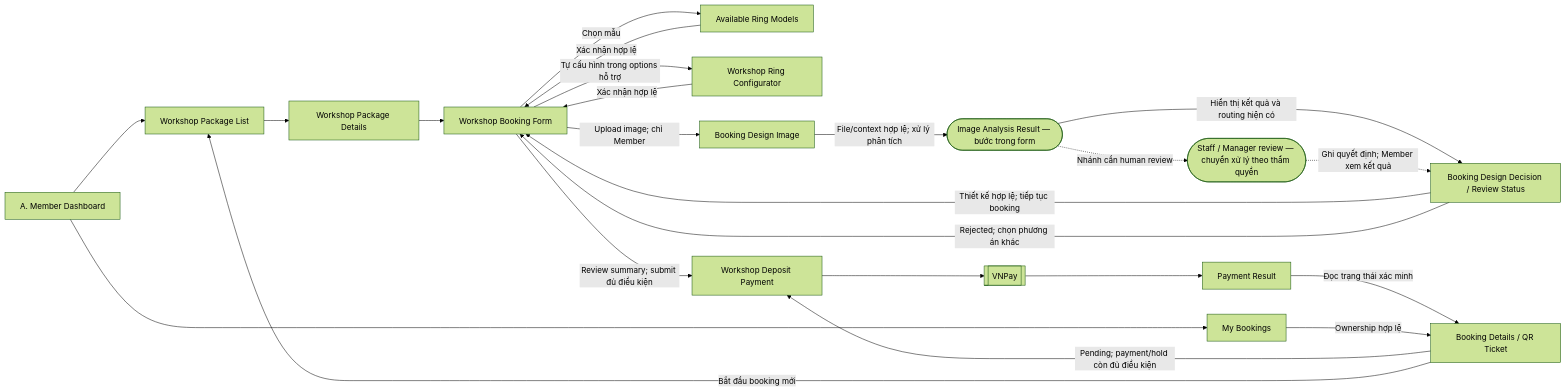
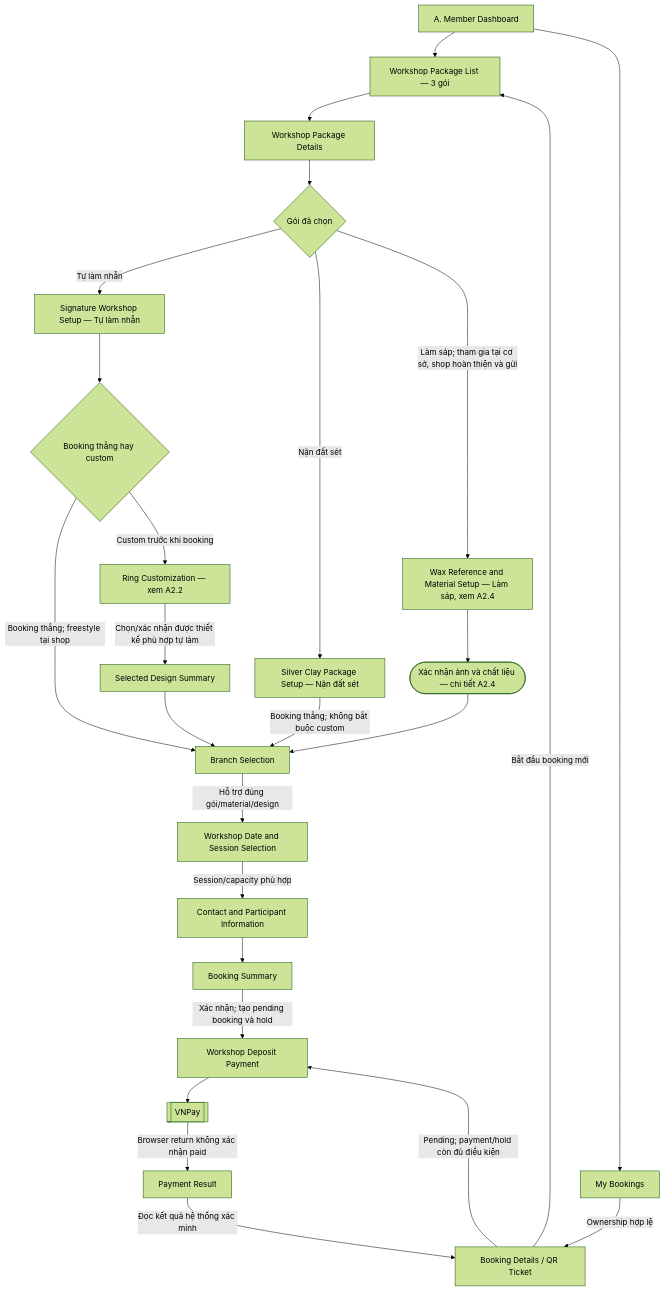
One commit to quoc-ca/mland-operations-hub changed the fourth of 10 diagrams in ppswbs-spec/screen.md. Above: the diagram before and after it, drawn with Mermaid (forest theme). The commit also changed other lines of this file, not shown here.

````diff
--- a/ppswbs-spec/screen.md
+++ b/ppswbs-spec/screen.md
@@ -228,35 +247,39 @@
 ```mermaid
-flowchart LR
+flowchart TB
     A["A. Member Dashboard"]
-    Packages["Workshop Package List"]
+    Packages["Workshop Package List — 3 gói"]
     Package["Workshop Package Details"]
-    Booking["Workshop Booking Form"]
-    Models["Available Ring Models"]
-    Config["Workshop Ring Configurator"]
-    Image["Booking Design Image"]
-    Analysis(["Image Analysis Result — bước trong form"])
-    Decision["Booking Design Decision / Review Status"]
-    Review(["Staff / Manager review — chuyển xử lý theo thẩm quyền"])
+    Type{"Gói đã chọn"}
+    Signature["Signature Workshop Setup — Tự làm nhẫn"]
+    RingPath{"Booking thẳng hay custom"}
+    Custom["Ring Customization — xem A2.2"]
+    Selected["Selected Design Summary"]
+    Clay["Silver Clay Package Setup — Nặn đất sét"]
+    Wax["Wax Reference and Material Setup — Làm sáp, xem A2.4"]
+    Shop(["Xác nhận ảnh và chất liệu — chi tiết A2.4"])
+    Branch["Branch Selection"]
+    Schedule["Workshop Date and Session Selection"]
+    Contact["Contact and Participant Information"]
+    Summary["Booking Summary"]
     Deposit["Workshop Deposit Payment"]
     VNPay[["VNPay"]]
     Result["Payment Result"]
     Mine["My Bookings"]
     Details["Booking Details / QR Ticket"]
 
-    A --> Packages --> Package --> Booking
-    Booking -->|"Chọn mẫu"| Models -->|"Xác nhận hợp lệ"| Booking
-    Booking -->|"Tự cấu hình trong options hỗ trợ"| Config -->|"Xác nhận hợp lệ"| Booking
-    Booking -->|"Upload image; chỉ Member"| Image
-    Image -->|"File/context hợp lệ; xử lý phân tích"| Analysis
-    Analysis -->|"Hiển thị kết quả và routing hiện có"| Decision
-    Analysis -.->|"Nhánh cần human review"| Review
-    Review -.->|"Ghi quyết định; Member xem kết quả"| Decision
-    Decision -->|"Thiết kế hợp lệ; tiếp tục booking"| Booking
-    Decision -->|"Rejected; chọn phương án khác"| Booking
-    Booking -->|"Review summary; submit đủ điều kiện"| Deposit
-    Deposit --> VNPay --> Result
-    Result -->|"Đọc trạng thái xác minh"| Details
+    A --> Packages --> Package --> Type
+    Type -->|"Tự làm nhẫn"| Signature --> RingPath
+    RingPath -->|"Booking thẳng; freestyle tại shop"| Branch
+    RingPath -->|"Custom trước khi booking"| Custom
+    Custom -->|"Chọn/xác nhận được thiết kế phù hợp tự làm"| Selected --> Branch
+    Type -->|"Nặn đất sét"| Clay -->|"Booking thẳng; không bắt buộc custom"| Branch
+    Type -->|"Làm sáp; tham gia tại cơ sở, shop hoàn thiện và gửi"| Wax --> Shop --> Branch
+    Branch -->|"Hỗ trợ đúng gói/material/design"| Schedule
+    Schedule -->|"Session/capacity phù hợp"| Contact --> Summary
+    Summary -->|"Xác nhận; tạo pending booking và hold"| Deposit
+    Deposit --> VNPay -->|"Browser return không xác nhận paid"| Result
+    Result -->|"Đọc kết quả hệ thống xác minh"| Details
     A --> Mine -->|"Ownership hợp lệ"| Details
     Details -->|"Pending; payment/hold còn đủ điều kiện"| Deposit
     Details -->|"Bắt đầu booking mới"| Packages
 ```
````
